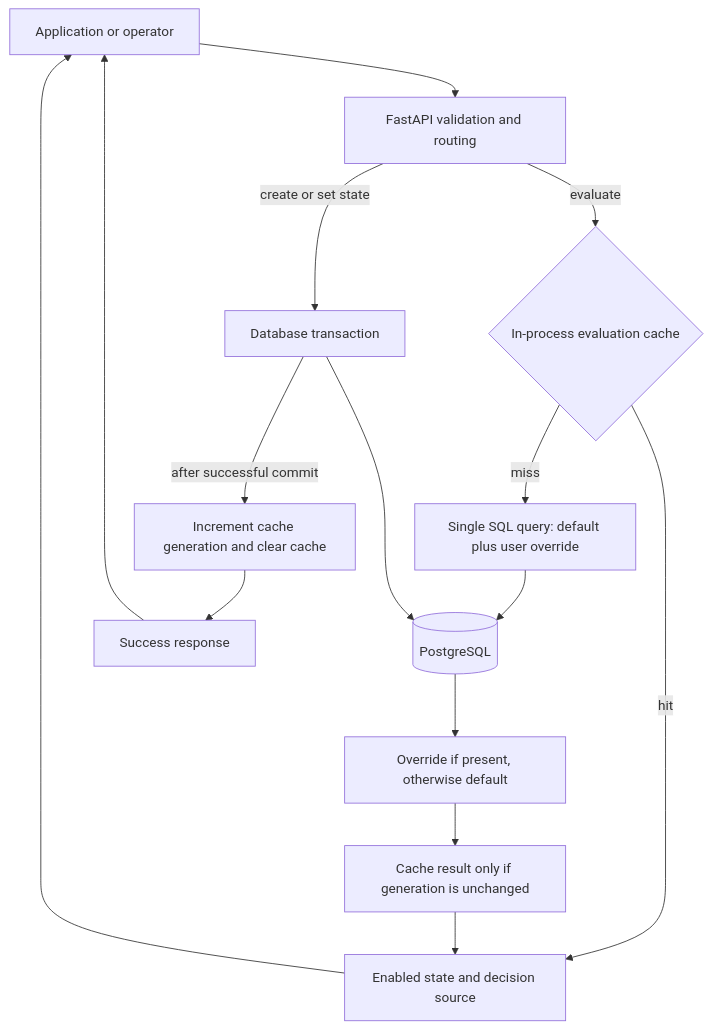
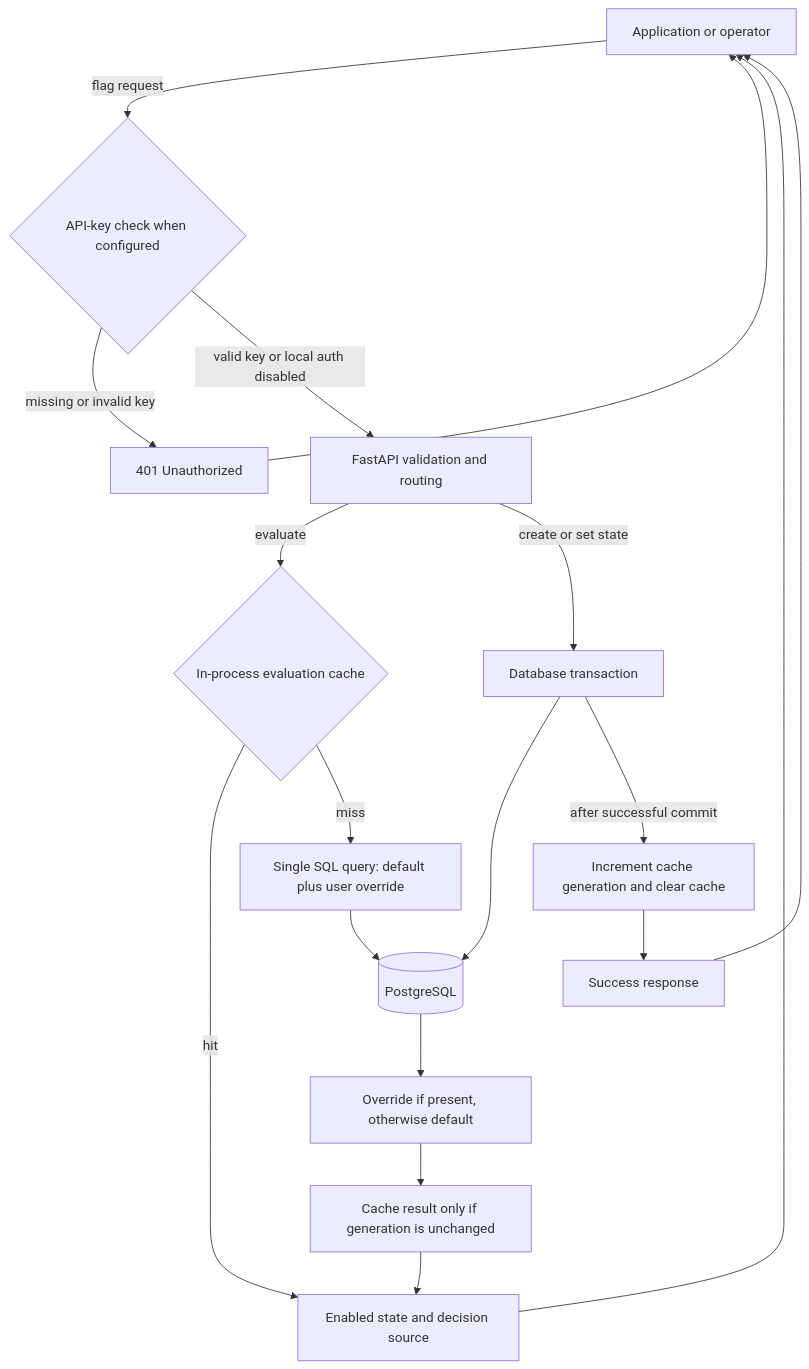
The diagram in README.md (JingzhiZhang520/feature-flag-api), drawn with Mermaid before and after one commit. The commit also changed other lines of this file and 1 other file, not shown here.

Commit message:
Clarify authentication flow and consolidate verification evidence

````diff
--- a/README.md
+++ b/README.md
@@ -65,17 +65,20 @@
 ```mermaid
 flowchart TD
-    Caller[Application or operator] --> API[FastAPI validation and routing]
+    Caller[Application or operator] -->|flag request| Auth{API-key check when configured}
+    Auth -->|missing or invalid key| Unauthorized[401 Unauthorized]
+    Unauthorized --> Caller
+    Auth -->|valid key or local auth disabled| API[FastAPI validation and routing]
     API -->|evaluate| Cache{In-process evaluation cache}
     Cache -->|hit| Answer[Enabled state and decision source]
     Cache -->|miss| Read[Single SQL query: default plus user override]
     Read --> DB[(PostgreSQL)]
     DB --> Decide[Override if present, otherwise default]
     Decide --> Fill[Cache result only if generation is unchanged]
     Fill --> Answer
     API -->|create or set state| Write[Database transaction]
     Write --> DB
     Write -->|after successful commit| Clear[Increment cache generation and clear cache]
     Clear --> Success[Success response]
     Answer --> Caller
     Success --> Caller
 ```
````
